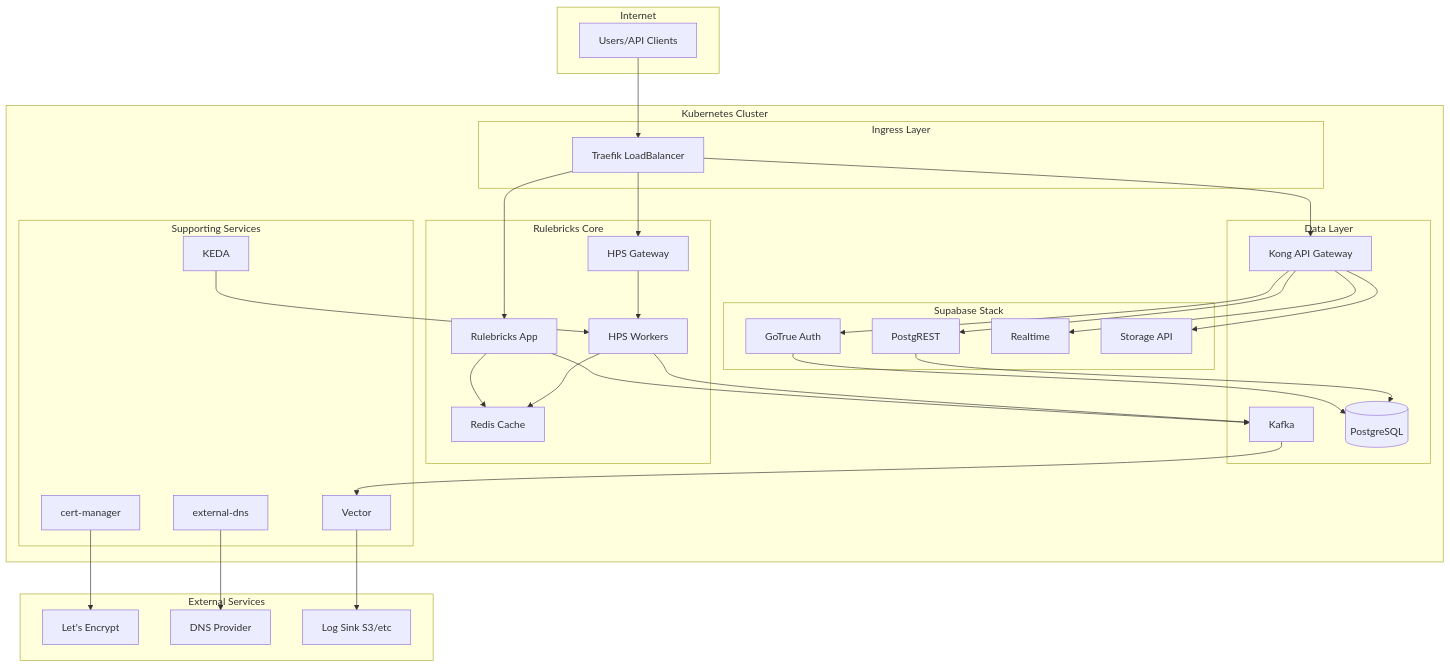
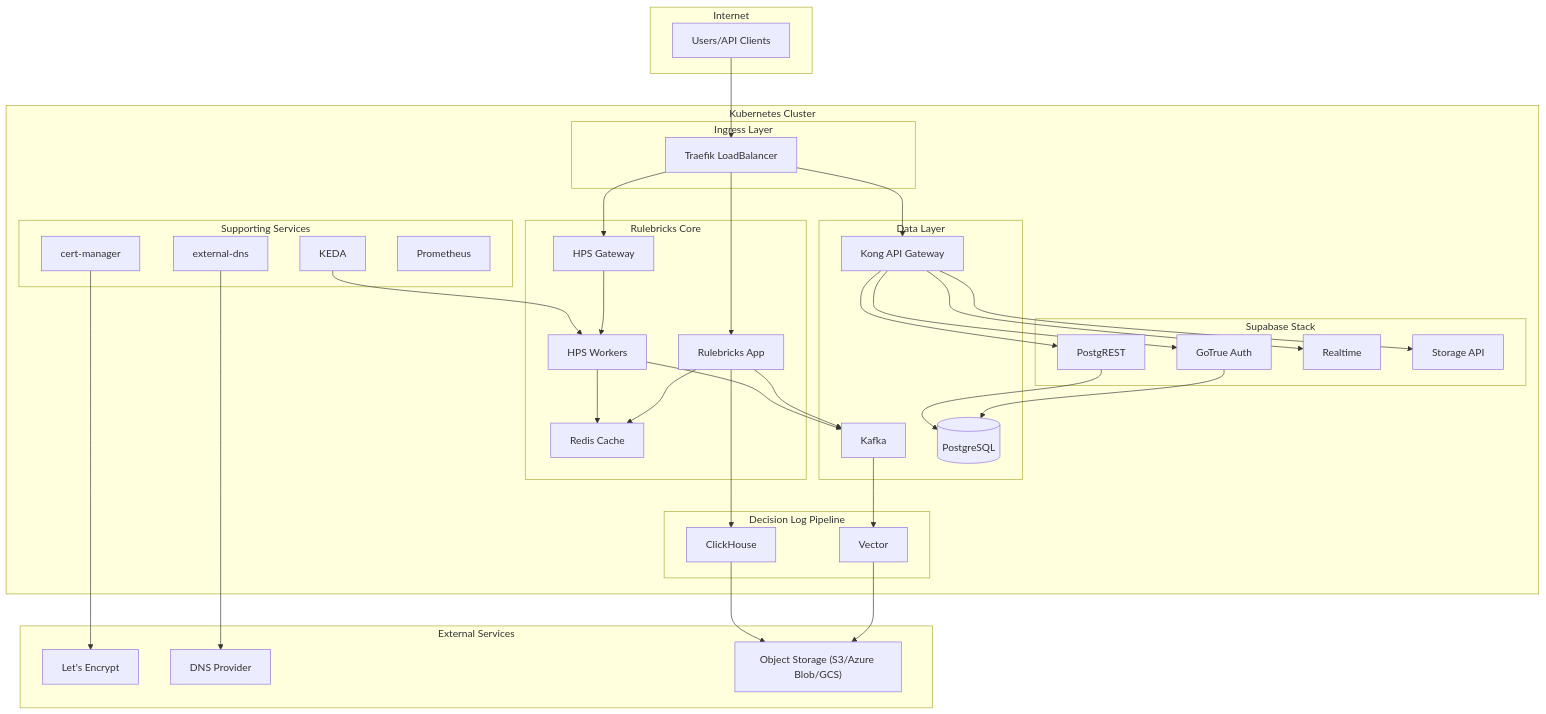
One commit to rulebricks/docs changed the first of 4 diagrams in pages/private-deployment/architecture.mdx. Above: the diagram before and after it, drawn with Mermaid. The commit also changed other lines of this file and 23 other files, not shown here.

````diff
--- a/pages/private-deployment/architecture.mdx
+++ b/pages/private-deployment/architecture.mdx
@@ -13,71 +13,78 @@
 ```mermaid
 graph TB
     subgraph Internet
         Users[Users/API Clients]
     end
 
     subgraph Kubernetes["Kubernetes Cluster"]
         subgraph Ingress["Ingress Layer"]
             Traefik[Traefik LoadBalancer]
         end
 
         subgraph Core["Rulebricks Core"]
             App[Rulebricks App]
             HPS[HPS Gateway]
             Workers[HPS Workers]
             Redis[Redis Cache]
         end
 
         subgraph Data["Data Layer"]
             Kafka[Kafka]
             Postgres[(PostgreSQL)]
             Kong[Kong API Gateway]
         end
 
         subgraph Supabase["Supabase Stack"]
             Auth[GoTrue Auth]
             Rest[PostgREST]
             Realtime[Realtime]
             Storage[Storage API]
         end
 
+        subgraph Logs["Decision Log Pipeline"]
+            Vector[Vector]
+            ClickHouse[ClickHouse]
+        end
+
         subgraph Support["Supporting Services"]
-            Vector[Vector]
             CertManager[cert-manager]
             KEDA[KEDA]
             ExternalDNS[external-dns]
+            Prometheus[Prometheus]
         end
     end
 
     subgraph External["External Services"]
         LetsEncrypt[Let's Encrypt]
         DNS[DNS Provider]
-        LogSink[Log Sink S3/etc]
+        ObjectStorage["Object Storage (S3/Azure Blob/GCS)"]
     end
 
     Users --> Traefik
     Traefik --> App
     Traefik --> HPS
     Traefik --> Kong
 
     App --> Redis
     App --> Kafka
     HPS --> Workers
     Workers --> Kafka
     Workers --> Redis
 
     Kong --> Auth
     Kong --> Rest
     Kong --> Realtime
     Kong --> Storage
 
     Auth --> Postgres
     Rest --> Postgres
 
     Kafka --> Vector
-    Vector --> LogSink
+    Vector --> ObjectStorage
+    ClickHouse --> ObjectStorage
+    App --> ClickHouse
 
     CertManager --> LetsEncrypt
     ExternalDNS --> DNS
     KEDA --> Workers
 ```
````
